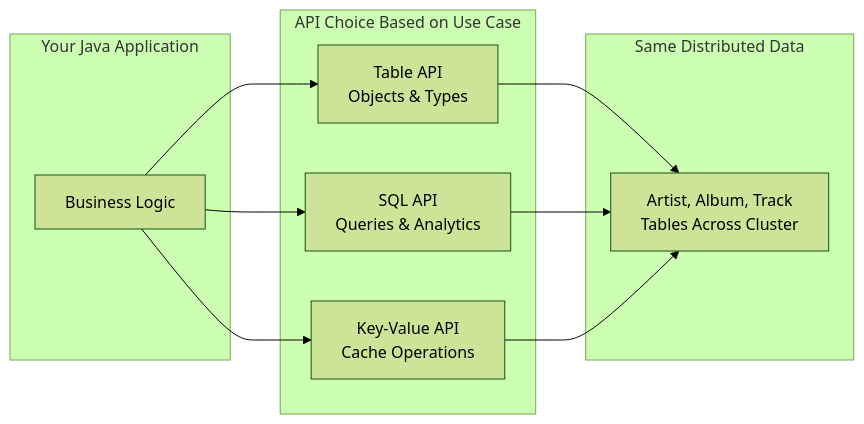
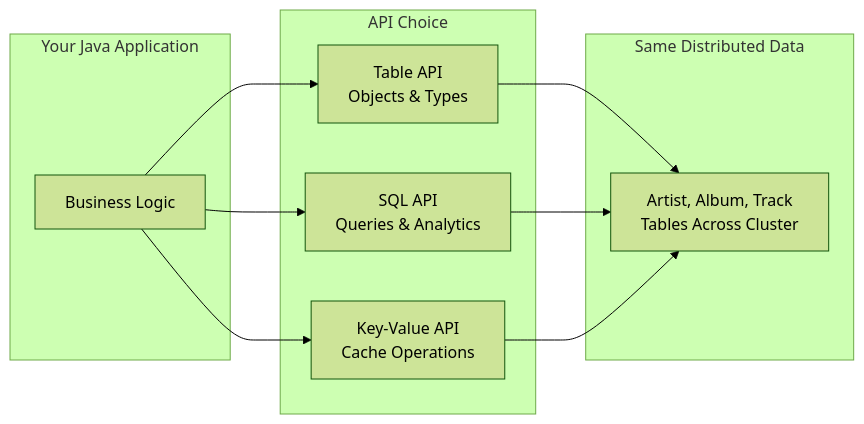
Before and after one commit to maglietti/ignite3-java-api-primer: the fifth of 7 diagrams in docs/01-foundation/01-introduction-and-architecture.md, drawn with Mermaid (forest theme). The commit also changed other lines of this file, not shown here.

````diff
--- a/docs/01-foundation/01-introduction-and-architecture.md
+++ b/docs/01-foundation/01-introduction-and-architecture.md
@@ -218,24 +222,24 @@
 ```mermaid
 graph LR
     subgraph "Your Java Application"
         LOGIC["Business Logic"]
     end
     
-    subgraph "API Choice Based on Use Case"
+    subgraph "API Choice"
         TABLE["Table API<br/>Objects & Types"]
         SQL["SQL API<br/>Queries & Analytics"] 
         KV["Key-Value API<br/>Cache Operations"]
     end
     
     subgraph "Same Distributed Data"
         DATA["Artist, Album, Track<br/>Tables Across Cluster"]
     end
     
     LOGIC --> TABLE
     LOGIC --> SQL
     LOGIC --> KV
     
     TABLE --> DATA
     SQL --> DATA
     KV --> DATA
 ```
````
